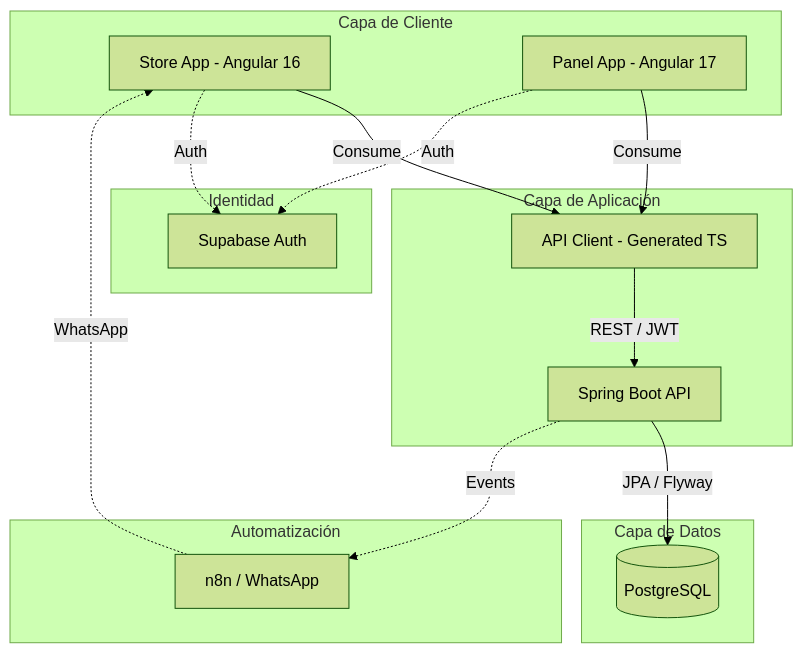
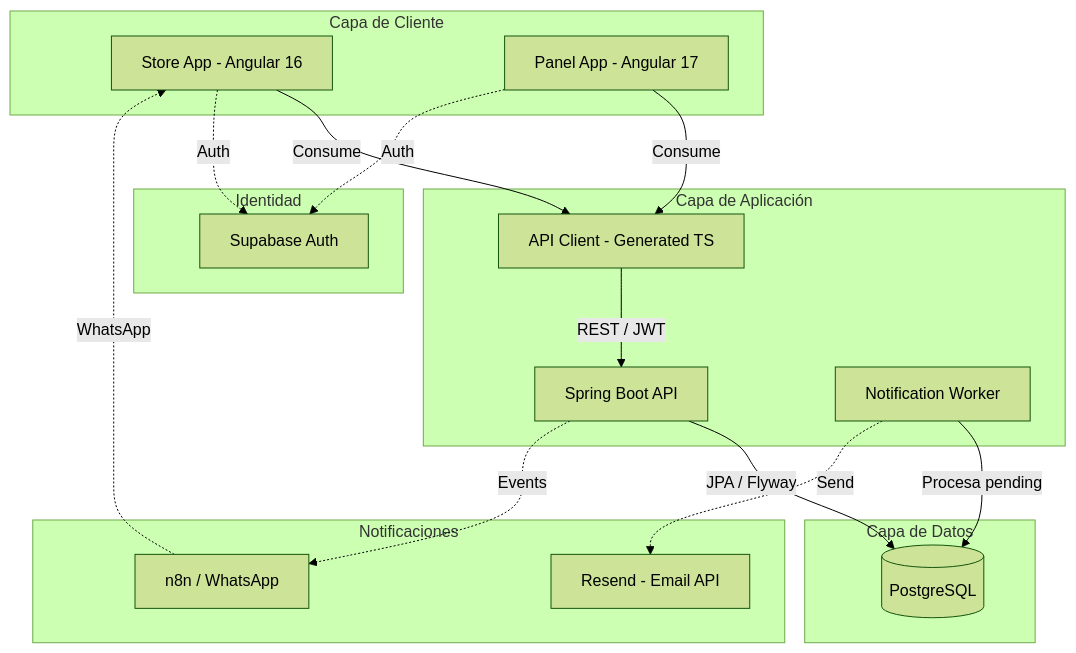
Before and after one commit to alexanderCanon/neversion: the diagram in docs/diagrams/architecture.md, drawn with Mermaid (forest theme). The commit also changed other lines of this file and 96 other files, not shown here.

Commit message:
feat (EPIC-08): Backend agent implement comprehensive notification system with Thymeleaf email templates and scheduled renewal reminders while cleaning up legacy documentation.

````diff
--- a/docs/diagrams/architecture.md
+++ b/docs/diagrams/architecture.md
@@ -5,36 +5,40 @@
 ```mermaid
 graph TD
     subgraph Client_Layer [Capa de Cliente]
         Store[Store App - Angular 16]
         Panel[Panel App - Angular 17]
     end
 
     subgraph Auth_Service [Identidad]
         Supabase[Supabase Auth]
     end
 
     subgraph Backend_Layer [Capa de Aplicación]
         API[Spring Boot API]
         Client_Lib[API Client - Generated TS]
+        Worker[Notification Worker]
     end
 
     subgraph Persistence_Layer [Capa de Datos]
         DB[(PostgreSQL)]
     end
 
-    subgraph Automation [Automatización]
+    subgraph Notifications [Notificaciones]
+        Resend[Resend - Email API]
         n8n[n8n / WhatsApp]
     end
 
     Store -->|Consume| Client_Lib
     Panel -->|Consume| Client_Lib
     Client_Lib -->|REST / JWT| API
     
     API -->|JPA / Flyway| DB
+    Worker -->|Procesa pending| DB
     
     Store -.->|Auth| Supabase
     Panel -.->|Auth| Supabase
     
+    Worker -.->|Send| Resend
     API -.->|Events| n8n
     n8n -.->|WhatsApp| Store
 ```
````
